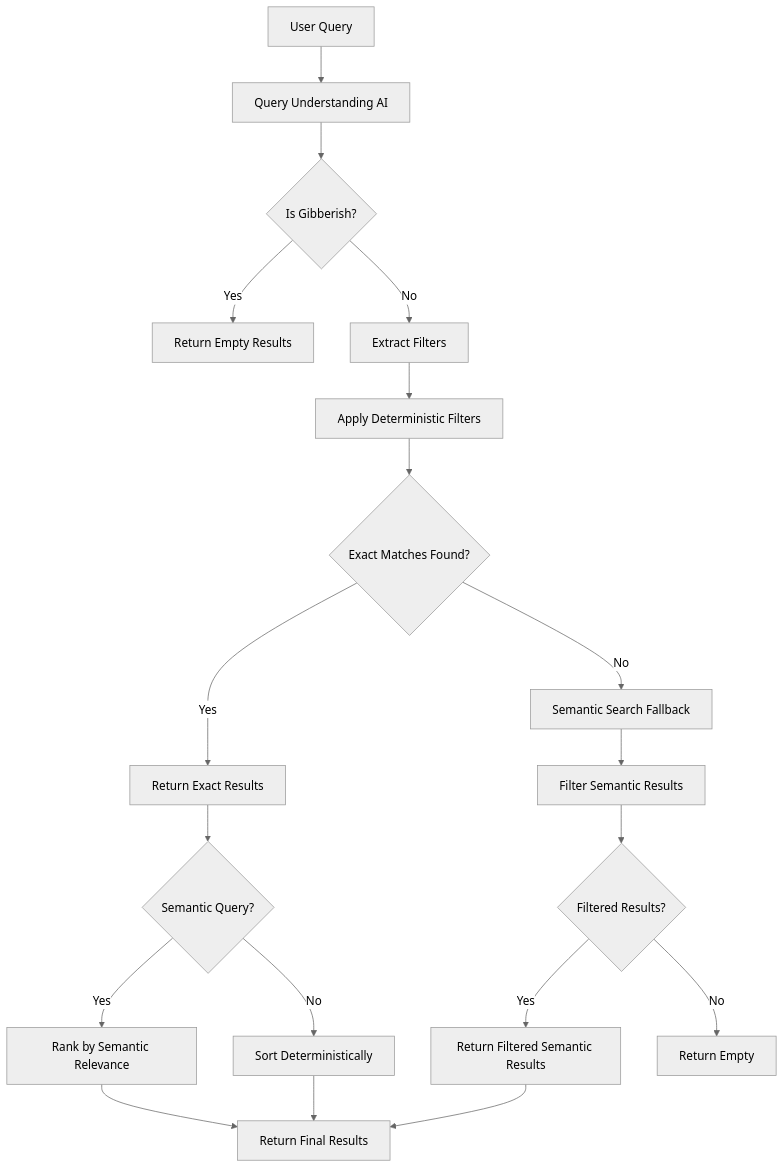
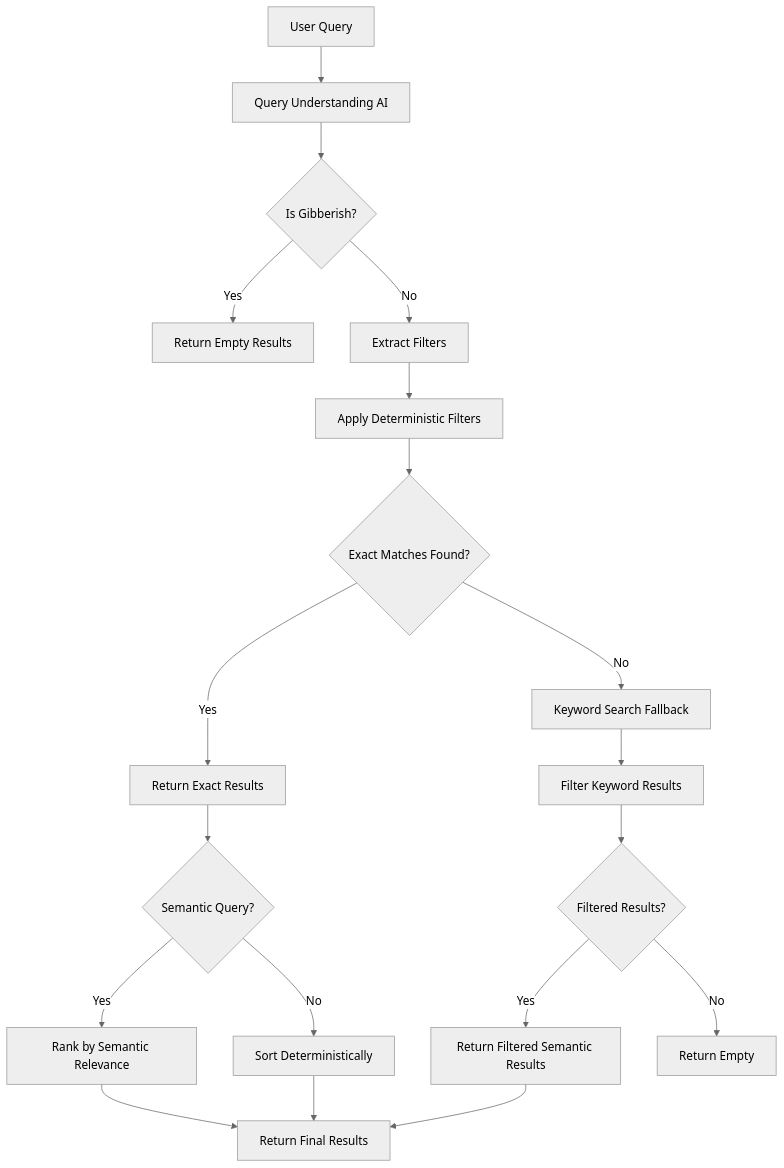
Before and after one commit to valtterisa/haalarikone-fi: the diagram in README.md, drawn with Mermaid (neutral theme). The commit also changed other lines of this file and 1 other file, not shown here.

First line of the commit message:
docs: update CONTRIBUTING.md and README.md for search dataset management

````diff
--- a/README.md
+++ b/README.md
@@ -98,21 +98,21 @@
 ```mermaid
 flowchart TD
     A[User Query] --> B[Query Understanding AI]
     B --> C{Is Gibberish?}
     C -->|Yes| D[Return Empty Results]
     C -->|No| E[Extract Filters]
     E --> F[Apply Deterministic Filters]
     F --> G{Exact Matches Found?}
     G -->|Yes| H[Return Exact Results]
-    G -->|No| I[Semantic Search Fallback]
-    I --> J[Filter Semantic Results]
+    G -->|No| I[Keyword Search Fallback]
+    I --> J[Filter Keyword Results]
     J --> K{Filtered Results?}
     K -->|Yes| L[Return Filtered Semantic Results]
     K -->|No| M[Return Empty]
     H --> N{Semantic Query?}
     N -->|Yes| O[Rank by Semantic Relevance]
     N -->|No| P[Sort Deterministically]
     O --> Q[Return Final Results]
     P --> Q
     L --> Q
 ```
````
